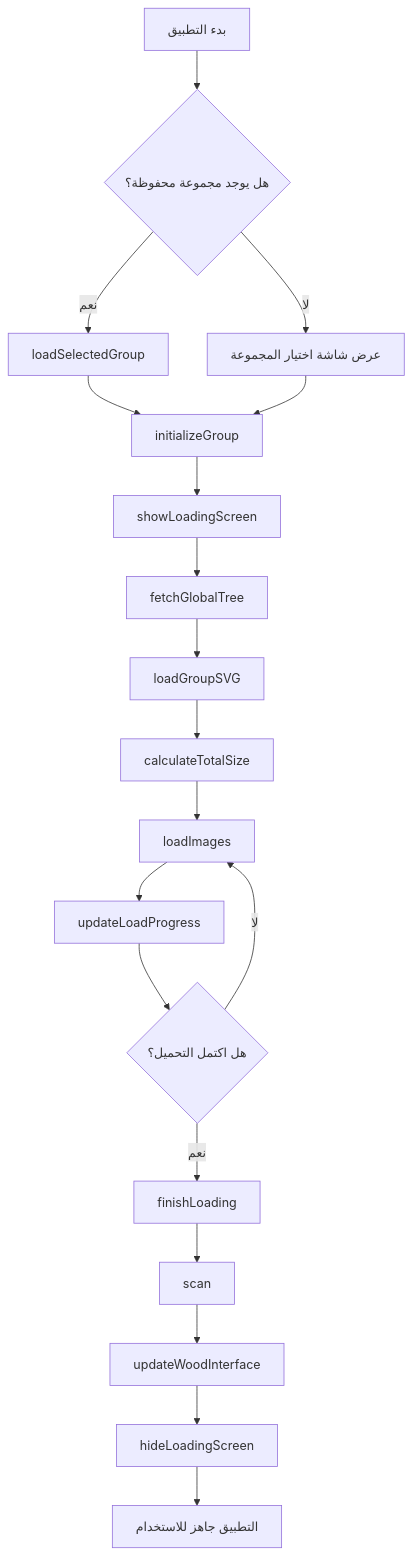
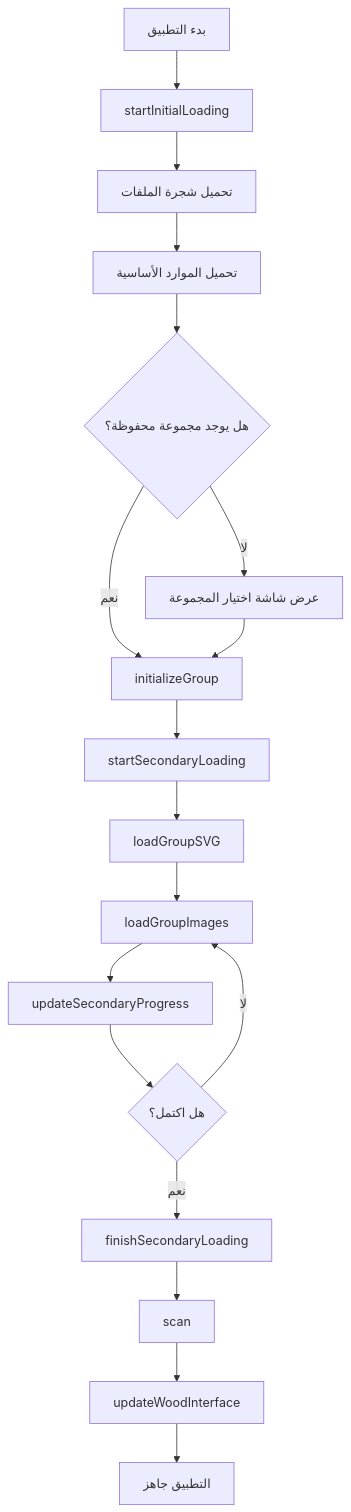
The diagram in README.md (MUE24Med/s3), drawn with Mermaid before and after one commit. The commit also changed other lines of this file, not shown here.

````diff
--- a/README.md
+++ b/README.md
@@ -161,21 +176,20 @@
 ```mermaid
 graph TD
-    A[بدء التطبيق] --> B{هل يوجد مجموعة محفوظة؟}
-    B -->|نعم| C[loadSelectedGroup]
-    B -->|لا| D[عرض شاشة اختيار المجموعة]
-    C --> E[initializeGroup]
-    D --> E
-    E --> F[showLoadingScreen]
-    F --> G[fetchGlobalTree]
-    G --> H[loadGroupSVG]
-    H --> I[calculateTotalSize]
-    I --> J[loadImages]
-    J --> K[updateLoadProgress]
-    K --> L{هل اكتمل التحميل؟}
+    A[بدء التطبيق] --> B[startInitialLoading]
+    B --> C[تحميل شجرة الملفات]
+    C --> D[تحميل الموارد الأساسية]
+    D --> E{هل يوجد مجموعة محفوظة؟}
+    E -->|نعم| F[initializeGroup]
+    E -->|لا| G[عرض شاشة اختيار المجموعة]
+    G --> F
+    F --> H[startSecondaryLoading]
+    H --> I[loadGroupSVG]
+    I --> J[loadGroupImages]
+    J --> K[updateSecondaryProgress]
+    K --> L{هل اكتمل؟}
     L -->|لا| J
-    L -->|نعم| M[finishLoading]
+    L -->|نعم| M[finishSecondaryLoading]
     M --> N[scan]
     N --> O[updateWoodInterface]
-    O --> P[hideLoadingScreen]
-    P --> Q[التطبيق جاهز للاستخدام]
+    O --> P[التطبيق جاهز]
 ```
````
